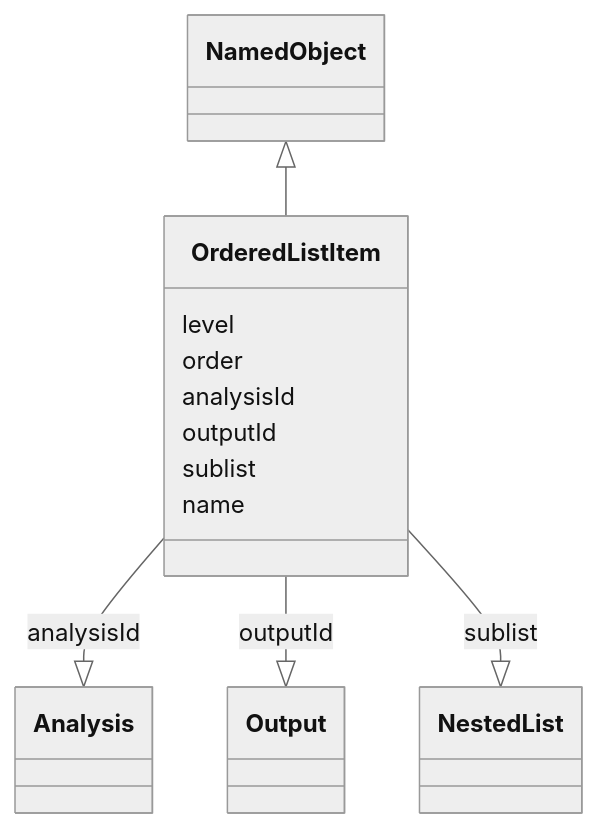
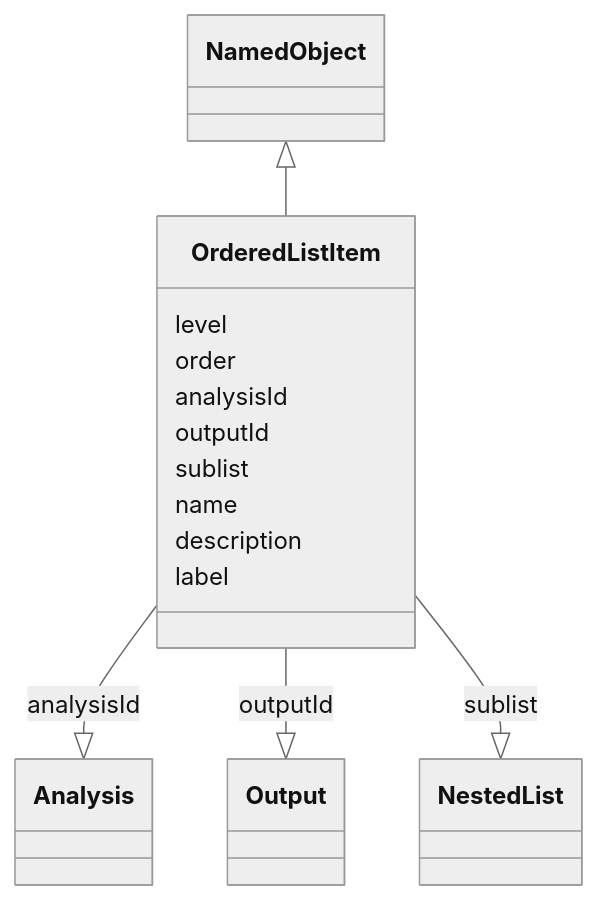
Before and after one commit to cdisc-org/analysis-results-standard: the diagram in project/docs/OrderedListItem.md, drawn with Mermaid (neutral theme). The commit also changed other lines of this file and 132 other files, not shown here.

````diff
--- a/project/docs/OrderedListItem.md
+++ b/project/docs/OrderedListItem.md
@@ -13,16 +13,18 @@
 ```mermaid
  classDiagram
     class OrderedListItem
       NamedObject <|-- OrderedListItem
 
       OrderedListItem : level
         OrderedListItem : order
         OrderedListItem : analysisId
         OrderedListItem --|> Analysis : analysisId
         OrderedListItem : outputId
         OrderedListItem --|> Output : outputId
         OrderedListItem : sublist
         OrderedListItem --|> NestedList : sublist
         OrderedListItem : name
+        OrderedListItem : description
+        OrderedListItem : label
         
 ```
````
